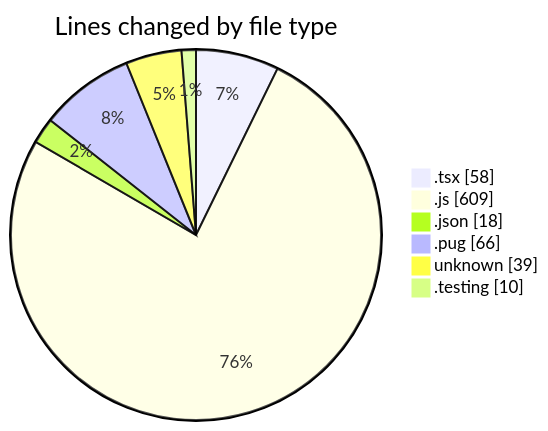
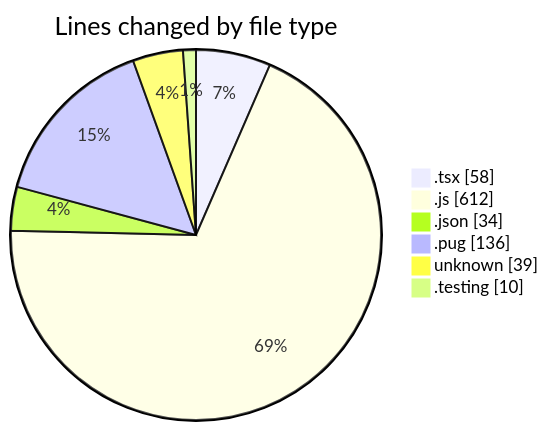
One commit to momahboobian/code-tracking changed the first of 2 diagrams in 2025-03-07/cda/README.md. Above: the diagram before and after it, drawn with Mermaid. The commit also changed other lines of this file and 1 other file, not shown here.

````diff
--- a/2025-03-07/cda/README.md
+++ b/2025-03-07/cda/README.md
@@ -26,10 +26,10 @@
 ```mermaid
 pie showData
 title Lines changed by file type
 ".tsx" : 58
-".js" : 609
-".json" : 18
-".pug" : 66
+".js" : 612
+".json" : 34
+".pug" : 136
 "unknown" : 39
 ".testing" : 10
 ```
````
